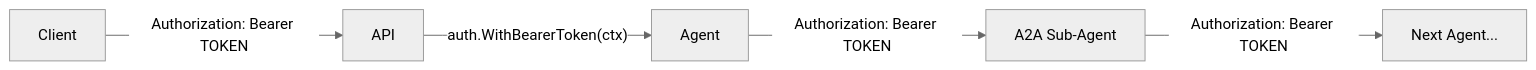
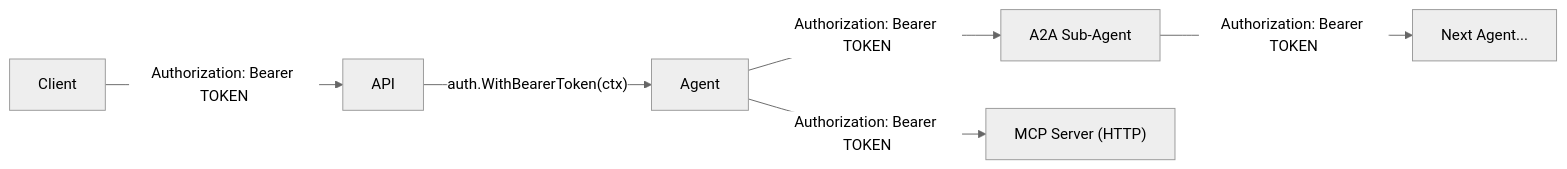
Before and after one commit to smorand/agent-stop-and-go: diagram 11 of 12 in docs/architecture.md, drawn with Mermaid (neutral theme). The commit also changed other lines of this file and 22 other files, not shown here.

````diff
--- a/docs/architecture.md
+++ b/docs/architecture.md
@@ -321,7 +325,8 @@
 ```mermaid
 flowchart LR
     Client -->|"Authorization: Bearer TOKEN"| API
     API -->|"auth.WithBearerToken(ctx)"| Agent
     Agent -->|"Authorization: Bearer TOKEN"| A2AAgent["A2A Sub-Agent"]
+    Agent -->|"Authorization: Bearer TOKEN"| MCPServer["MCP Server (HTTP)"]
     A2AAgent -->|"Authorization: Bearer TOKEN"| NextAgent["Next Agent..."]
 ```
````
